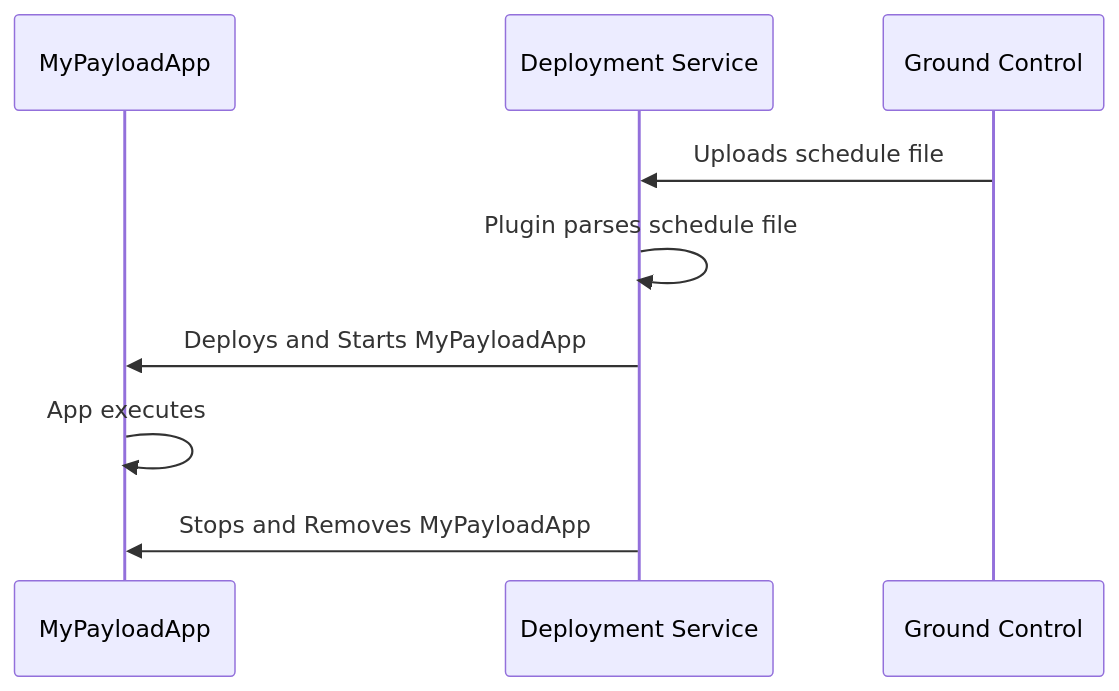
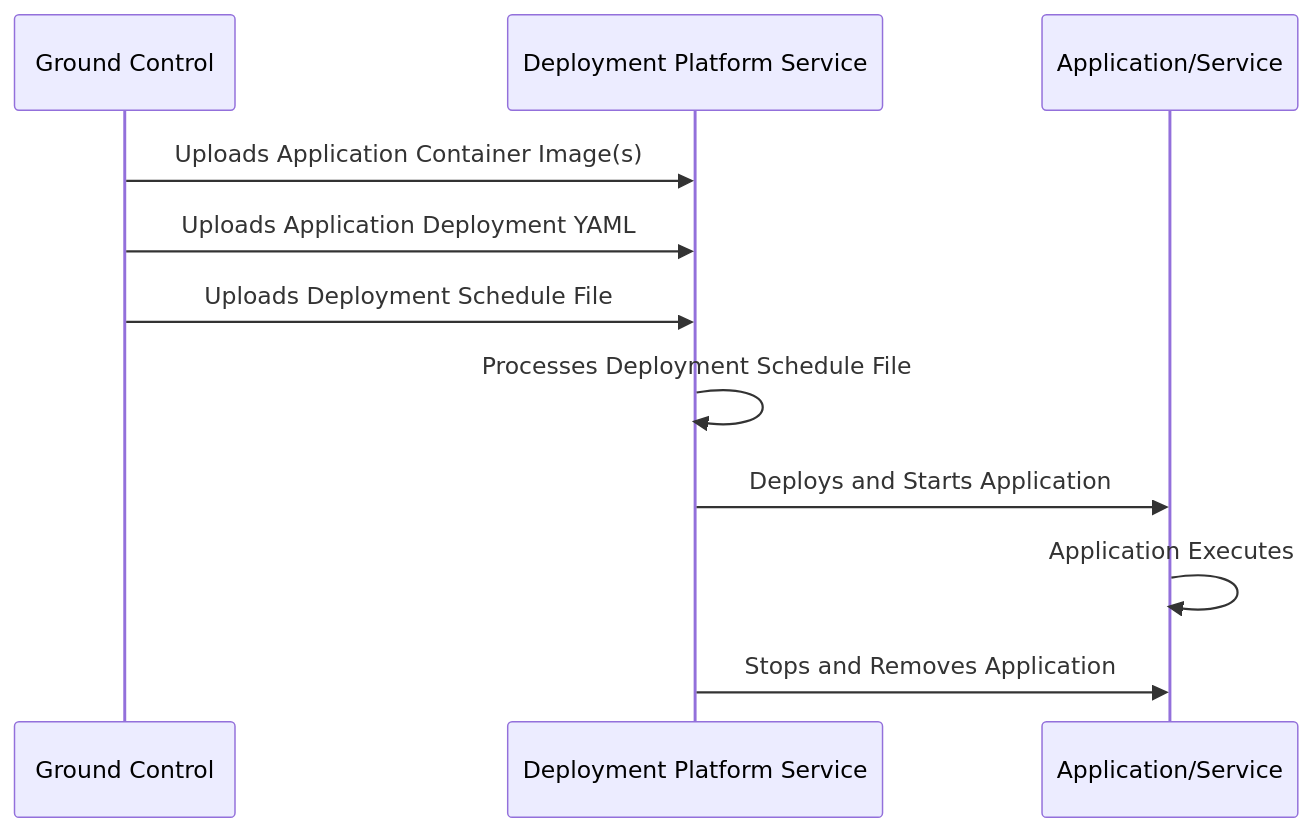
One commit to microsoft/azure-orbital-space-sdk changed the first of 2 diagrams in docs/architecture/runtime-framework/platform-services/deployment.md. Above: the diagram before and after it, drawn with Mermaid. The commit also changed other lines of this file, not shown here.

First line of the commit message:
updates deployment service documentation with use cases and examples (#22)

````diff
--- a/docs/architecture/runtime-framework/platform-services/deployment.md
+++ b/docs/architecture/runtime-framework/platform-services/deployment.md
@@ -23,12 +39,14 @@
 ```mermaid
 sequenceDiagram
-    participant app as MyPayloadApp 
-    participant deployment as Deployment Service
     participant ground as Ground Control
+    participant deployment as Deployment Platform Service
+    participant app as Application/Service
 
-    ground     ->> deployment: Uploads schedule file
-    deployment ->> deployment: Plugin parses schedule file
-    deployment ->> app: Deploys and Starts MyPayloadApp
-    app        ->> app: App executes
-    deployment ->> app: Stops and Removes MyPayloadApp
+    ground     ->> deployment: Uploads Application Container Image(s)
+    ground     ->> deployment: Uploads Application Deployment YAML
+    ground     ->> deployment: Uploads Deployment Schedule File
+    deployment ->> deployment: Processes Deployment Schedule File
+    deployment ->> app: Deploys and Starts Application
+    app        ->> app: Application Executes
+    deployment ->> app: Stops and Removes Application
 ```
````
